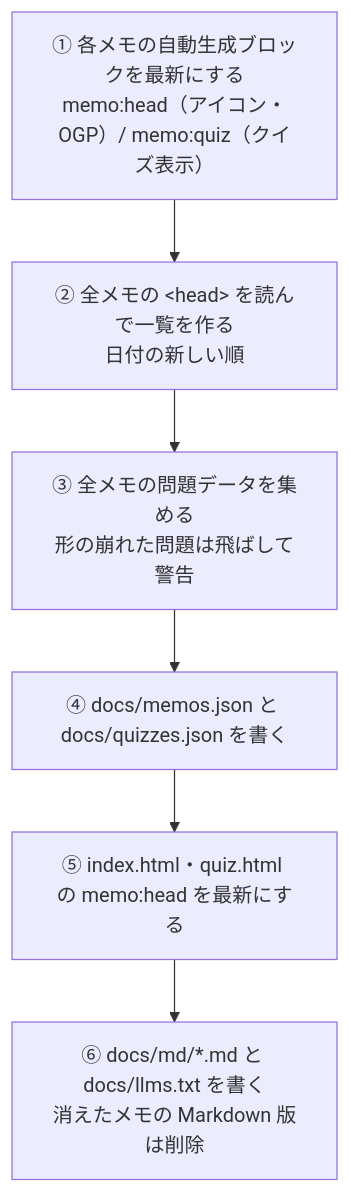
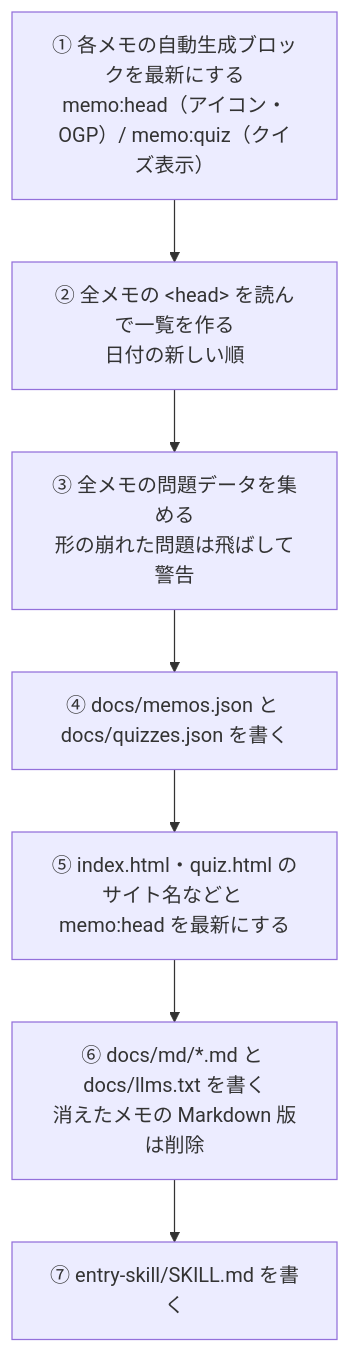
One commit to taka1156/memo changed the fourth of 8 diagrams in memo-detail.md. Above: the diagram before and after it, drawn with Mermaid. The commit also changed other lines of this file and 24 other files, not shown here.

````diff
--- a/memo-detail.md
+++ b/memo-detail.md
@@ -229,10 +238,11 @@
 ```mermaid
 flowchart TB
   s1["① 各メモの自動生成ブロックを最新にする<br/>memo:head（アイコン・OGP）/ memo:quiz（クイズ表示）"]
   s2["② 全メモの &lt;head&gt; を読んで一覧を作る<br/>日付の新しい順"]
   s3["③ 全メモの問題データを集める<br/>形の崩れた問題は飛ばして警告"]
   s4["④ docs/memos.json と docs/quizzes.json を書く"]
-  s5["⑤ index.html・quiz.html の memo:head を最新にする"]
+  s5["⑤ index.html・quiz.html のサイト名などと memo:head を最新にする"]
   s6["⑥ docs/md/*.md と docs/llms.txt を書く<br/>消えたメモの Markdown 版は削除"]
-  s1 --> s2 --> s3 --> s4 --> s5 --> s6
+  s7["⑦ entry-skill/SKILL.md を書く"]
+  s1 --> s2 --> s3 --> s4 --> s5 --> s6 --> s7
 ```
````
